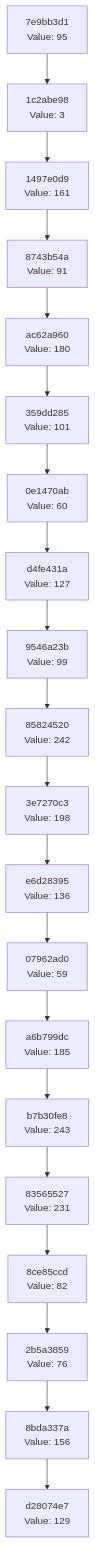
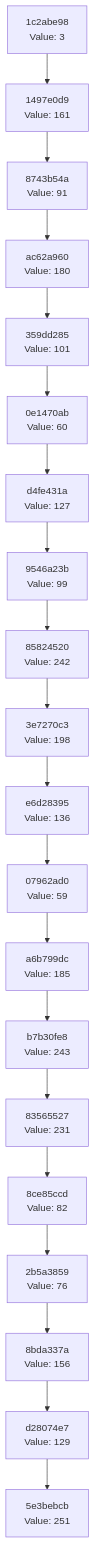
The diagram in docs/CHAIN_VISUALIZATION.md (Abhisheksinha1506/hash-chain-evolver), drawn with Mermaid before and after one commit. The commit also changed 2 other files, not shown here.

Commit message:
Evolution step: hash 0xFB → action executed

````diff
--- a/docs/CHAIN_VISUALIZATION.md
+++ b/docs/CHAIN_VISUALIZATION.md
@@ -3,42 +3,42 @@
 ```mermaid
 graph TD
-    C0["d28074e7<br/>Value: 129"]
-    C1["8bda337a<br/>Value: 156"]
+    C0["5e3bebcb<br/>Value: 251"]
+    C1["d28074e7<br/>Value: 129"]
     C1 --> C0
-    C2["2b5a3859<br/>Value: 76"]
+    C2["8bda337a<br/>Value: 156"]
     C2 --> C1
-    C3["8ce85ccd<br/>Value: 82"]
+    C3["2b5a3859<br/>Value: 76"]
     C3 --> C2
-    C4["83565527<br/>Value: 231"]
+    C4["8ce85ccd<br/>Value: 82"]
     C4 --> C3
-    C5["b7b30fe8<br/>Value: 243"]
+    C5["83565527<br/>Value: 231"]
     C5 --> C4
-    C6["a6b799dc<br/>Value: 185"]
+    C6["b7b30fe8<br/>Value: 243"]
     C6 --> C5
-    C7["07962ad0<br/>Value: 59"]
+    C7["a6b799dc<br/>Value: 185"]
     C7 --> C6
-    C8["e6d28395<br/>Value: 136"]
+    C8["07962ad0<br/>Value: 59"]
     C8 --> C7
-    C9["3e7270c3<br/>Value: 198"]
+    C9["e6d28395<br/>Value: 136"]
     C9 --> C8
-    C10["85824520<br/>Value: 242"]
+    C10["3e7270c3<br/>Value: 198"]
     C10 --> C9
-    C11["9546a23b<br/>Value: 99"]
+    C11["85824520<br/>Value: 242"]
     C11 --> C10
-    C12["d4fe431a<br/>Value: 127"]
+    C12["9546a23b<br/>Value: 99"]
     C12 --> C11
-    C13["0e1470ab<br/>Value: 60"]
+    C13["d4fe431a<br/>Value: 127"]
     C13 --> C12
-    C14["359dd285<br/>Value: 101"]
+    C14["0e1470ab<br/>Value: 60"]
     C14 --> C13
-    C15["ac62a960<br/>Value: 180"]
+    C15["359dd285<br/>Value: 101"]
     C15 --> C14
-    C16["8743b54a<br/>Value: 91"]
+    C16["ac62a960<br/>Value: 180"]
     C16 --> C15
-    C17["1497e0d9<br/>Value: 161"]
+    C17["8743b54a<br/>Value: 91"]
     C17 --> C16
-    C18["1c2abe98<br/>Value: 3"]
+    C18["1497e0d9<br/>Value: 161"]
     C18 --> C17
-    C19["7e9bb3d1<br/>Value: 95"]
+    C19["1c2abe98<br/>Value: 3"]
     C19 --> C18
 ```
````
